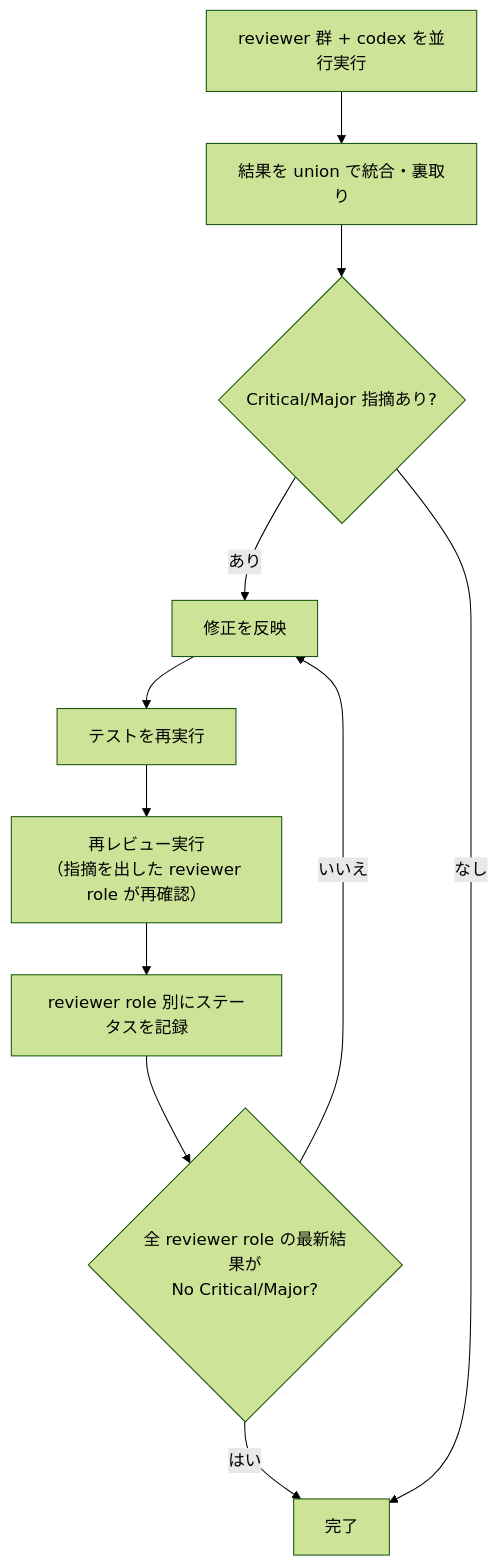
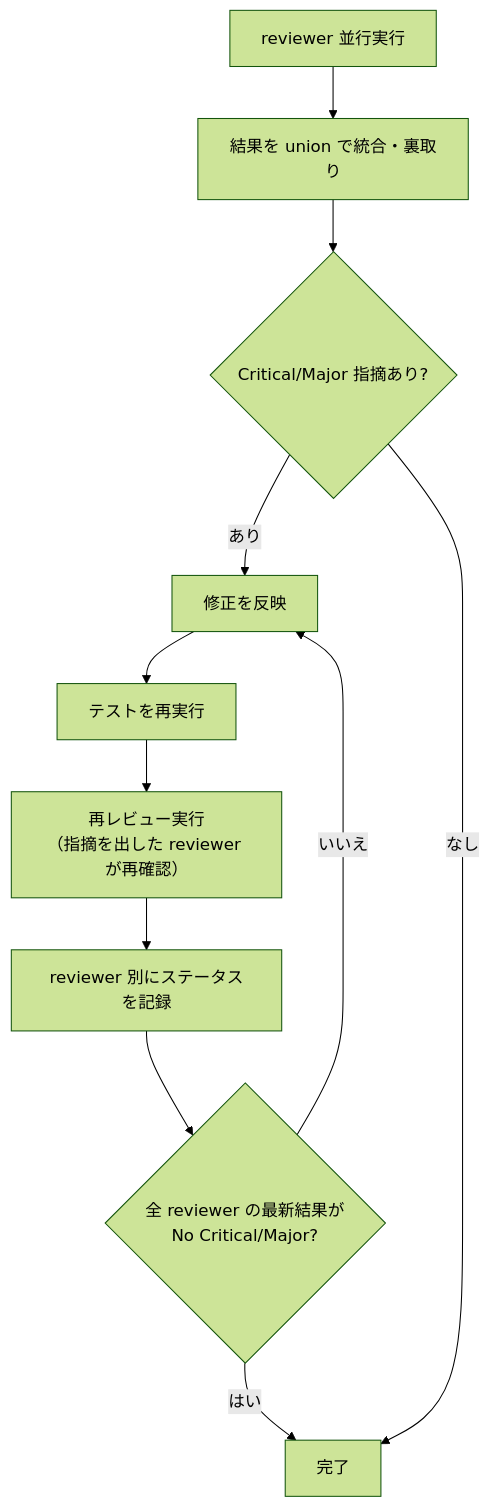
One commit to masuidrive/pdh changed the second of 2 diagrams in skills/pdh-dev/SKILL.md. Above: the diagram before and after it, drawn with Mermaid (forest theme). The commit also changed other lines of this file and 3 other files, not shown here.

First line of the commit message:
[skill] Direct flow へ全面 refactor — Light/Full + Epic 概念を廃止、1 ticket = 1 work へ統一

````diff
--- a/skills/pdh-dev/SKILL.md
+++ b/skills/pdh-dev/SKILL.md
@@ -760,13 +392,13 @@
 ```mermaid
 flowchart TD
-    RA["reviewer 群 + codex を並行実行"] --> RB["結果を union で統合・裏取り"]
+    RA["reviewer 並行実行"] --> RB["結果を union で統合・裏取り"]
     RB --> RC{"Critical/Major 指摘あり?"}
     RC -- "あり" --> RD["修正を反映"]
     RD --> RE["テストを再実行"]
-    RE --> RF["再レビュー実行<br/>（指摘を出した reviewer role が再確認）"]
-    RF --> RG["reviewer role 別にステータスを記録"]
-    RG --> RH{"全 reviewer role の最新結果が<br/>No Critical/Major?"}
+    RE --> RF["再レビュー実行<br/>（指摘を出した reviewer が再確認）"]
+    RF --> RG["reviewer 別にステータスを記録"]
+    RG --> RH{"全 reviewer の最新結果が<br/>No Critical/Major?"}
     RH -- "いいえ" --> RD
     RH -- "はい" --> RI["完了"]
     RC -- "なし" --> RI
 ```
````
